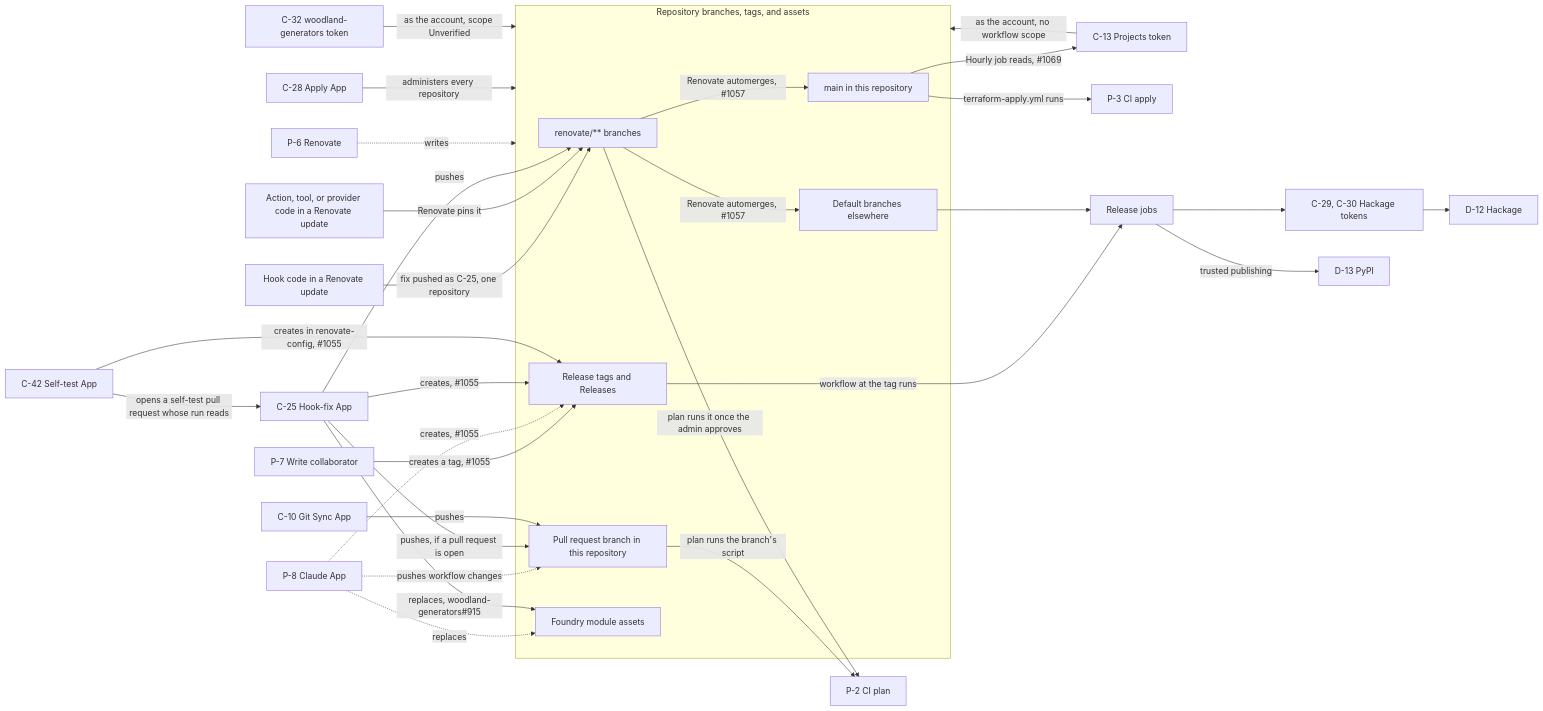
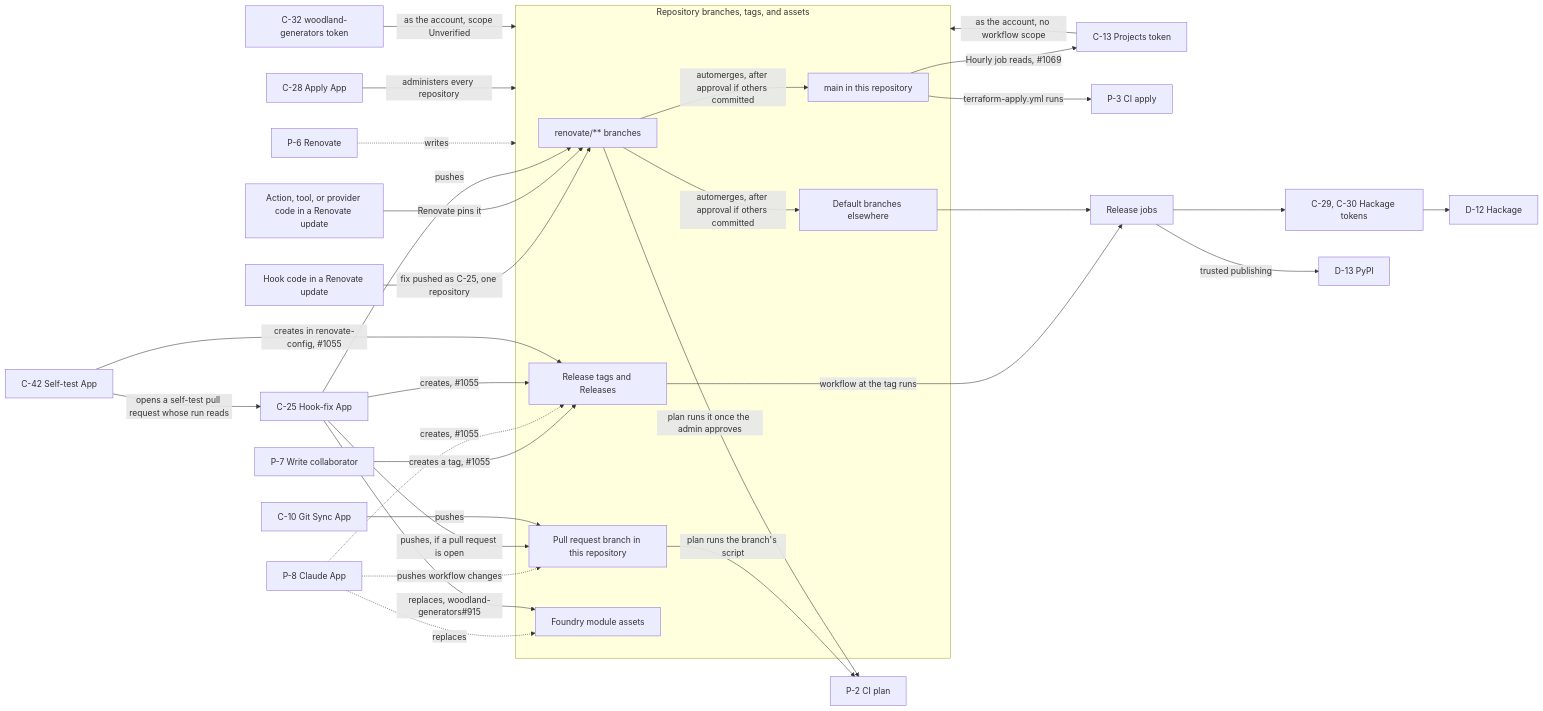
Before and after one commit to alunduil/alunduil-infrastructure: the first of 2 diagrams in docs/explanation/credential-reachability.md, drawn with Mermaid. The commit also changed other lines of this file and 3 other files, not shown here.

````diff
--- a/docs/explanation/credential-reachability.md
+++ b/docs/explanation/credential-reachability.md
@@ -72,63 +72,63 @@
 ```mermaid
 flowchart LR
   hook["Hook code in a Renovate update"]
   upstream["Action, tool, or provider code in a Renovate update"]
   p7["P-7 Write collaborator"]
   p6["P-6 Renovate"]
   p8["P-8 Claude App"]
   c25["C-25 Hook-fix App"]
   c42["C-42 Self-test App"]
   c10["C-10 Git Sync App"]
   c28["C-28 Apply App"]
   c13["C-13 Projects token"]
   c32["C-32 woodland-generators token"]
   tokens["C-29, C-30 Hackage tokens"]
   p2["P-2 CI plan"]
   p3["P-3 CI apply"]
   job["Release jobs"]
   d12["D-12 Hackage"]
   d13["D-13 PyPI"]
 
   subgraph refs["Repository branches, tags, and assets"]
     branch["renovate/** branches"]
     pr["Pull request branch in this repository"]
     infra["main in this repository"]
     other["Default branches elsewhere"]
     tag["Release tags and Releases"]
     assets["Foundry module assets"]
   end
 
   hook -->|"fix pushed as C-25, one repository"| branch
   upstream -->|"Renovate pins it"| branch
   p7 -->|"creates a tag, #1055"| tag
 
   p6 -.->|"writes"| refs
   c28 -->|"administers every repository"| refs
   c13 -->|"as the account, no workflow scope"| refs
   c32 -->|"as the account, scope Unverified"| refs
 
   p8 -.->|"pushes workflow changes"| pr
   p8 -.->|"creates, #1055"| tag
   p8 -.->|"replaces"| assets
 
   c25 -->|"pushes"| branch
   c25 -->|"pushes, if a pull request is open"| pr
   c25 -->|"creates, #1055"| tag
   c25 -->|"replaces, woodland-generators#915"| assets
   c10 -->|"pushes"| pr
   c42 -->|"opens a self-test pull request whose run reads"| c25
   c42 -->|"creates in renovate-config, #1055"| tag
 
-  branch -->|"Renovate automerges, #1057"| infra
-  branch -->|"Renovate automerges, #1057"| other
+  branch -->|"automerges, after approval if others committed"| infra
+  branch -->|"automerges, after approval if others committed"| other
   tag -->|"workflow at the tag runs"| job
   other --> job
 
   pr -->|"plan runs the branch's script"| p2
   branch -->|"plan runs it once the admin approves"| p2
   infra -->|"terraform-apply.yml runs"| p3
   infra -->|"Hourly job reads, #1069"| c13
   job --> tokens
   job -->|"trusted publishing"| d13
   tokens --> d12
 ```
````
